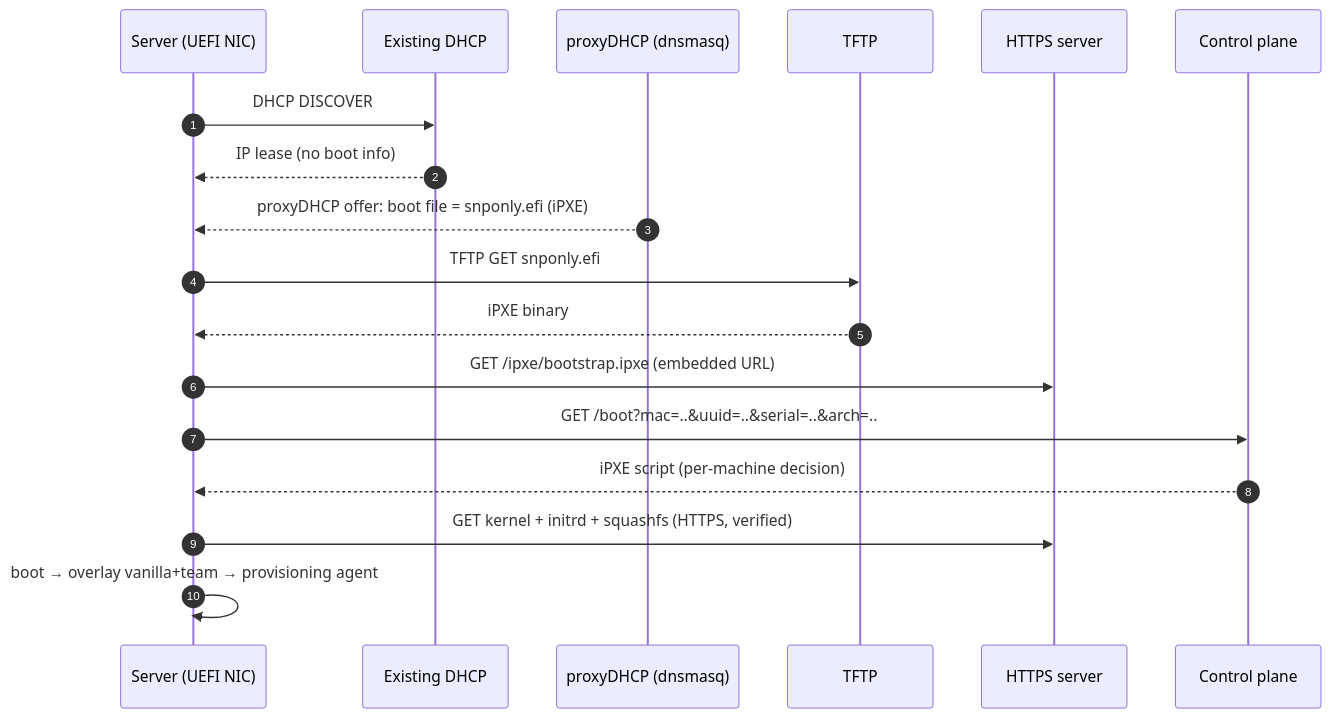
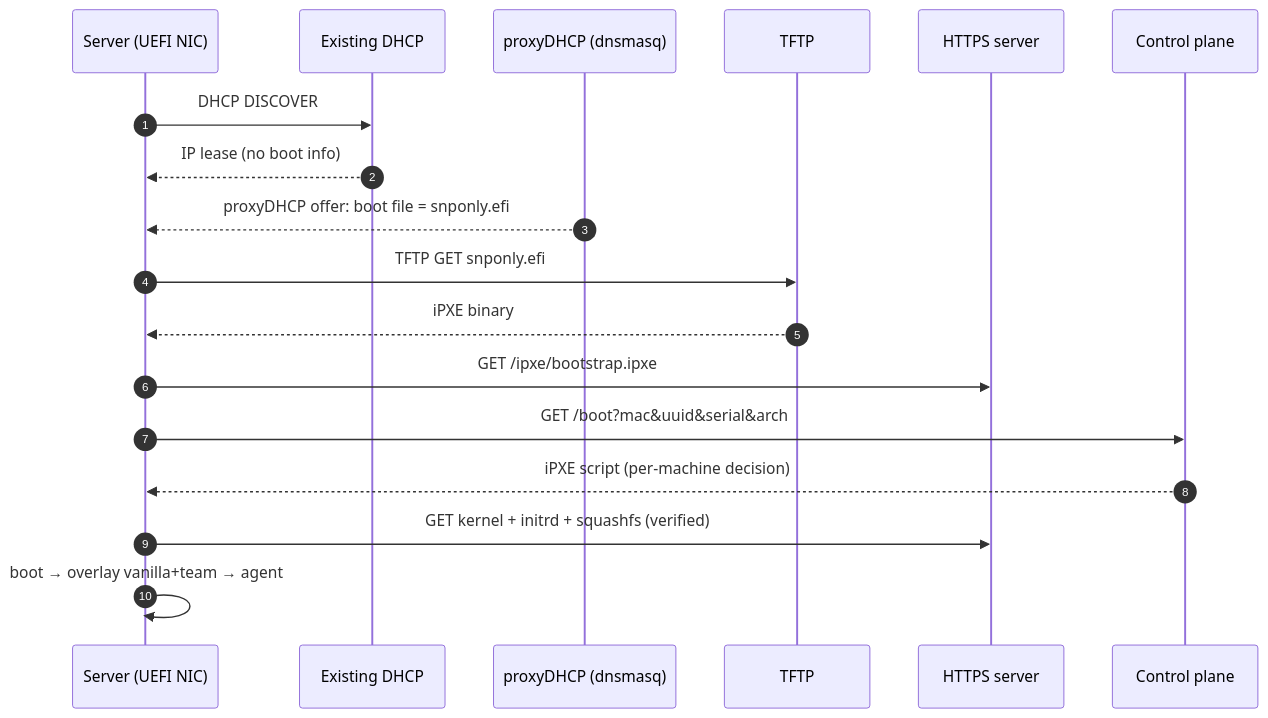
The diagram in docs/04-pxe-infrastructure.md (Manikanta-Reddy-Pasala/PXE-Boot-Design), drawn with Mermaid before and after one commit. The commit also changed other lines of this file and 11 other files, not shown here.

````diff
--- a/docs/04-pxe-infrastructure.md
+++ b/docs/04-pxe-infrastructure.md
@@ -8,21 +5,21 @@
 ```mermaid
 sequenceDiagram
   autonumber
   participant SRV as Server (UEFI NIC)
   participant DHCP as Existing DHCP
   participant PXY as proxyDHCP (dnsmasq)
   participant TFTP as TFTP
   participant HTTP as HTTPS server
   participant API as Control plane
 
   SRV->>DHCP: DHCP DISCOVER
   DHCP-->>SRV: IP lease (no boot info)
-  PXY-->>SRV: proxyDHCP offer: boot file = snponly.efi (iPXE)
+  PXY-->>SRV: proxyDHCP offer: boot file = snponly.efi
   SRV->>TFTP: TFTP GET snponly.efi
   TFTP-->>SRV: iPXE binary
-  SRV->>HTTP: GET /ipxe/bootstrap.ipxe (embedded URL)
-  SRV->>API: GET /boot?mac=..&uuid=..&serial=..&arch=..
+  SRV->>HTTP: GET /ipxe/bootstrap.ipxe
+  SRV->>API: GET /boot?mac&uuid&serial&arch
   API-->>SRV: iPXE script (per-machine decision)
-  SRV->>HTTP: GET kernel + initrd + squashfs (HTTPS, verified)
-  SRV->>SRV: boot → overlay vanilla+team → provisioning agent
+  SRV->>HTTP: GET kernel + initrd + squashfs (verified)
+  SRV->>SRV: boot → overlay vanilla+team → agent
 ```
````
